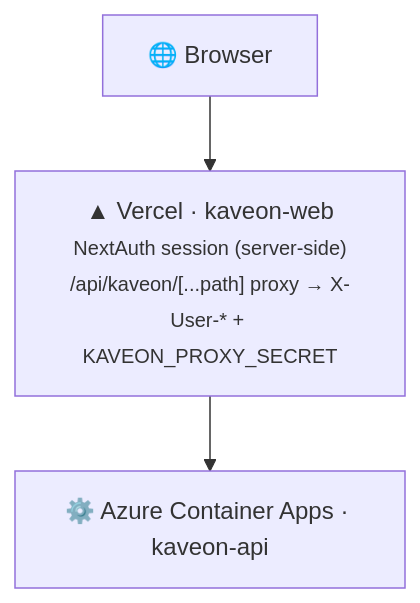
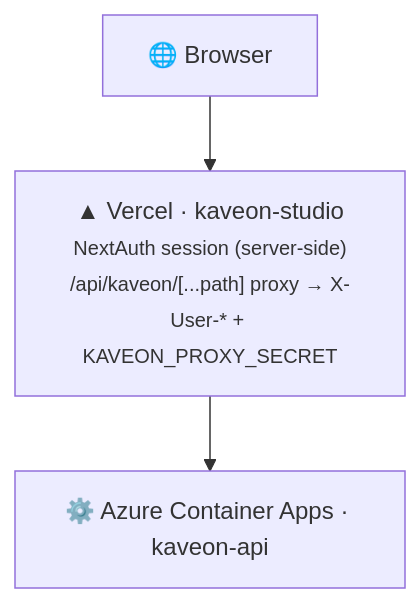
One commit to PruthviProdduturi/Kaveon changed the diagram in docs/guides/vercel-deployment.md. Above: the diagram before and after it, drawn with Mermaid. The commit also changed other lines of this file and 267 other files, not shown here.

First line of the commit message:
refactor: platform architecture — studio + api + engine + dlm

````diff
--- a/docs/guides/vercel-deployment.md
+++ b/docs/guides/vercel-deployment.md
@@ -82,7 +82,7 @@
 ```mermaid
 flowchart TD
     B["🌐 Browser"]
-    V["▲ Vercel · kaveon-web<br/><small>NextAuth session (server-side)<br/>/api/kaveon/[...path] proxy → X-User-* + KAVEON_PROXY_SECRET</small>"]
+    V["▲ Vercel · kaveon-studio<br/><small>NextAuth session (server-side)<br/>/api/kaveon/[...path] proxy → X-User-* + KAVEON_PROXY_SECRET</small>"]
     A["⚙️ Azure Container Apps · kaveon-api"]
     B --> V --> A
 ```
````
